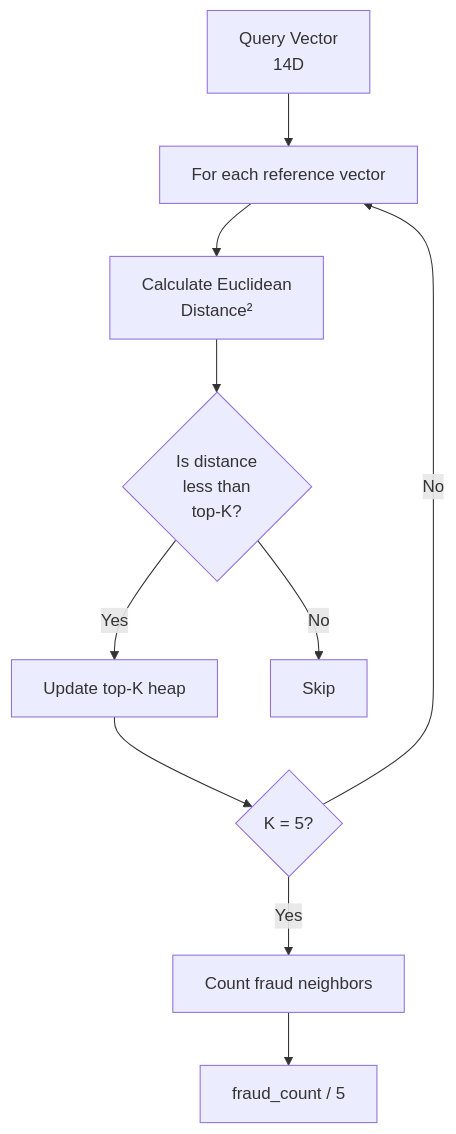
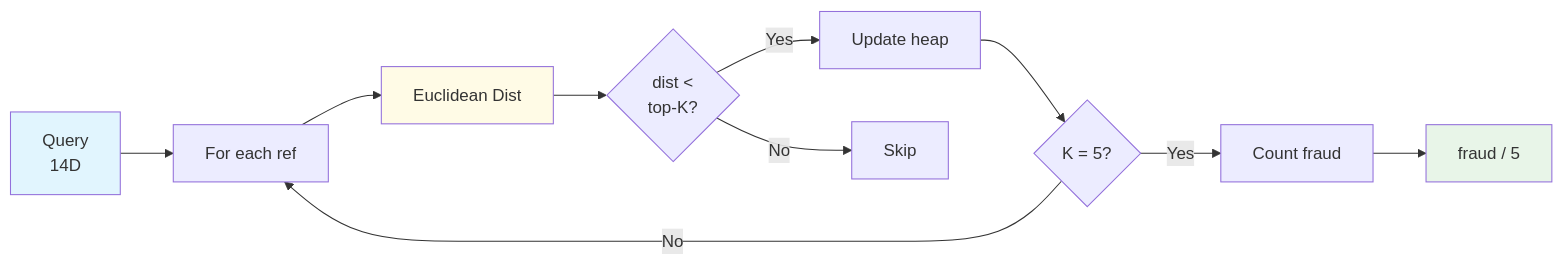
One commit to fabianoflorentino/fraudctl changed the third of 3 diagrams in docs/ARCHITECTURE.md. Above: the diagram before and after it, drawn with Mermaid. The commit also changed other lines of this file, not shown here.

Commit message:
fix: simplify mermaid diagrams for better rendering

````diff
--- a/docs/ARCHITECTURE.md
+++ b/docs/ARCHITECTURE.md
@@ -65,15 +52,16 @@
 ```mermaid
-flowchart TD
-    Q[Query Vector<br/>14D] --> F[For each reference vector]
-    F --> D[Calculate Euclidean<br/>Distance²]
-    D --> C{Is distance<br/>less than<br/>top-K?}
-    C -->|Yes| U[Update top-K heap]
-    C -->|No| S[Skip]
+flowchart LR
+    Q[Query<br/>14D] --> F[For each ref]
+    F --> D[Euclidean Dist]
+    D --> C{dist <<br/>top-K?}
+    C -->|Yes| U[Update heap]
+    C -->|No| N[Skip]
     U --> E{K = 5?}
     E -->|No| F
-    E -->|Yes| V[Count fraud neighbors]
-    V --> Score[fraud_count / 5]
+    E -->|Yes| V[Count fraud]
+    V --> S["fraud / 5"]
 
-    style Q fill:#e1f5fe color:#000000
-    style Score fill:#e8f5e8 color:#000000
+    style Q fill:#e1f5fe
+    style S fill:#e8f5e8
+    style D fill:#fffbe6
 ```
````
